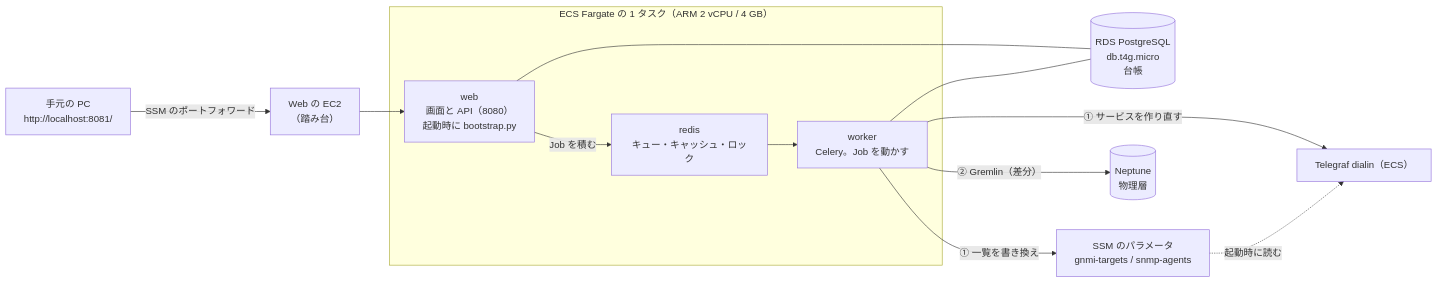
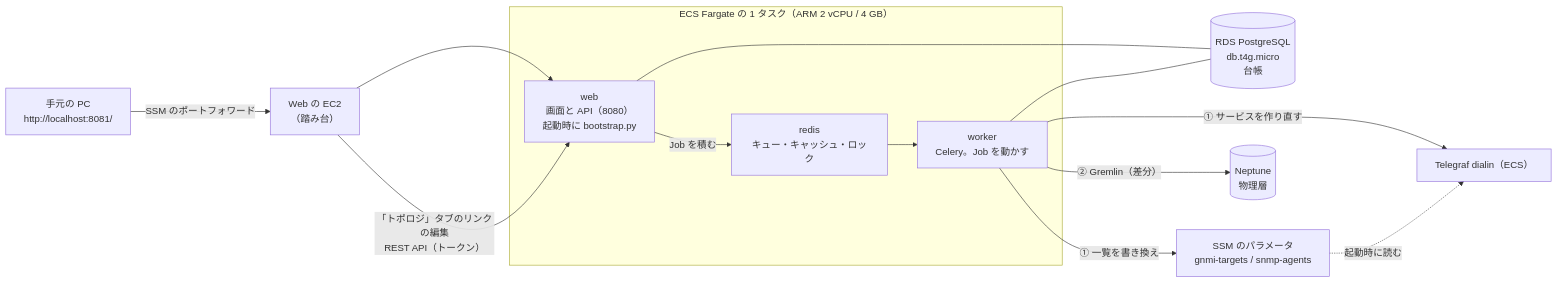
The first of 4 diagrams in docs/nautobot.md (eddie-eights/nwc-poc), drawn with Mermaid before and after one commit. The commit also changed other lines of this file and 15 other files, not shown here.

````diff
--- a/docs/nautobot.md
+++ b/docs/nautobot.md
@@ -32,17 +32,18 @@
 ```mermaid
 flowchart LR
   PC["手元の PC<br/>http://localhost:8081/"] -->|"SSM のポートフォワード"| EC2["Web の EC2<br/>（踏み台）"]
   subgraph TASK["ECS Fargate の 1 タスク（ARM 2 vCPU / 4 GB）"]
     WEB["web<br/>画面と API（8080）<br/>起動時に bootstrap.py"]
     WORKER["worker<br/>Celery。Job を動かす"]
     REDIS["redis<br/>キュー・キャッシュ・ロック"]
     WEB -->|"Job を積む"| REDIS --> WORKER
   end
   EC2 --> WEB
+  EC2 -->|"「トポロジ」タブのリンクの編集<br/>REST API（トークン）"| WEB
   WEB --- DB[("RDS PostgreSQL<br/>db.t4g.micro<br/>台帳")]
   WORKER --- DB
   WORKER -->|"① 一覧を書き換え"| SSM["SSM のパラメータ<br/>gnmi-targets / snmp-agents"]
   WORKER -->|"① サービスを作り直す"| DIALIN["Telegraf dialin（ECS）"]
   SSM -.->|"起動時に読む"| DIALIN
   WORKER -->|"② Gremlin（差分）"| NEP[("Neptune<br/>物理層")]
 ```
````
